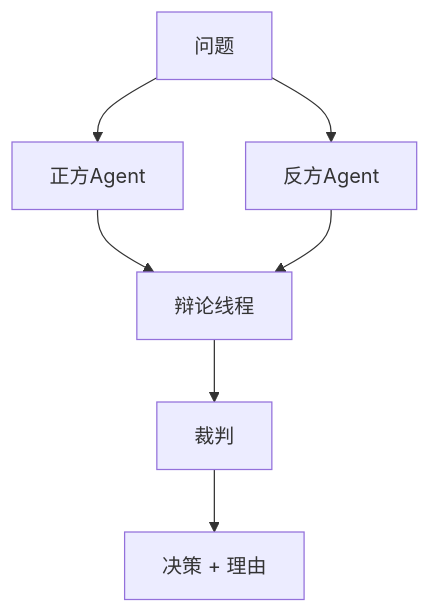
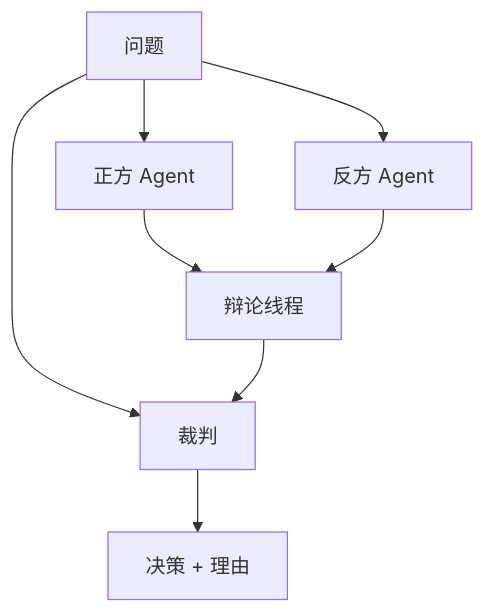
One commit to riba2534/multi-agent-wiki-cn changed the diagram in content/wiki/patterns/debate-judge.md. Above: the diagram before and after it, drawn with Mermaid. The commit also changed other lines of this file and 41 other files, not shown here.

First line of the commit message:
docs: 全面质量改进 - 术语统一、Mermaid规范化、间距修复

````diff
--- a/content/wiki/patterns/debate-judge.md
+++ b/content/wiki/patterns/debate-judge.md
@@ -16,9 +16,10 @@
 ```mermaid
 flowchart TD
-  Q[问题] --> P[正方Agent]
-  Q --> C[反方Agent]
-  P --> D[辩论线程]
+  Q["问题"] --> P["正方 Agent"]
+  Q --> C["反方 Agent"]
+  P --> D["辩论线程"]
   C --> D
-  D --> J[裁判]
-  J --> R[决策 + 理由]
+  Q --> J["裁判"]
+  D --> J
+  J --> R["决策 + 理由"]
 ```
````
